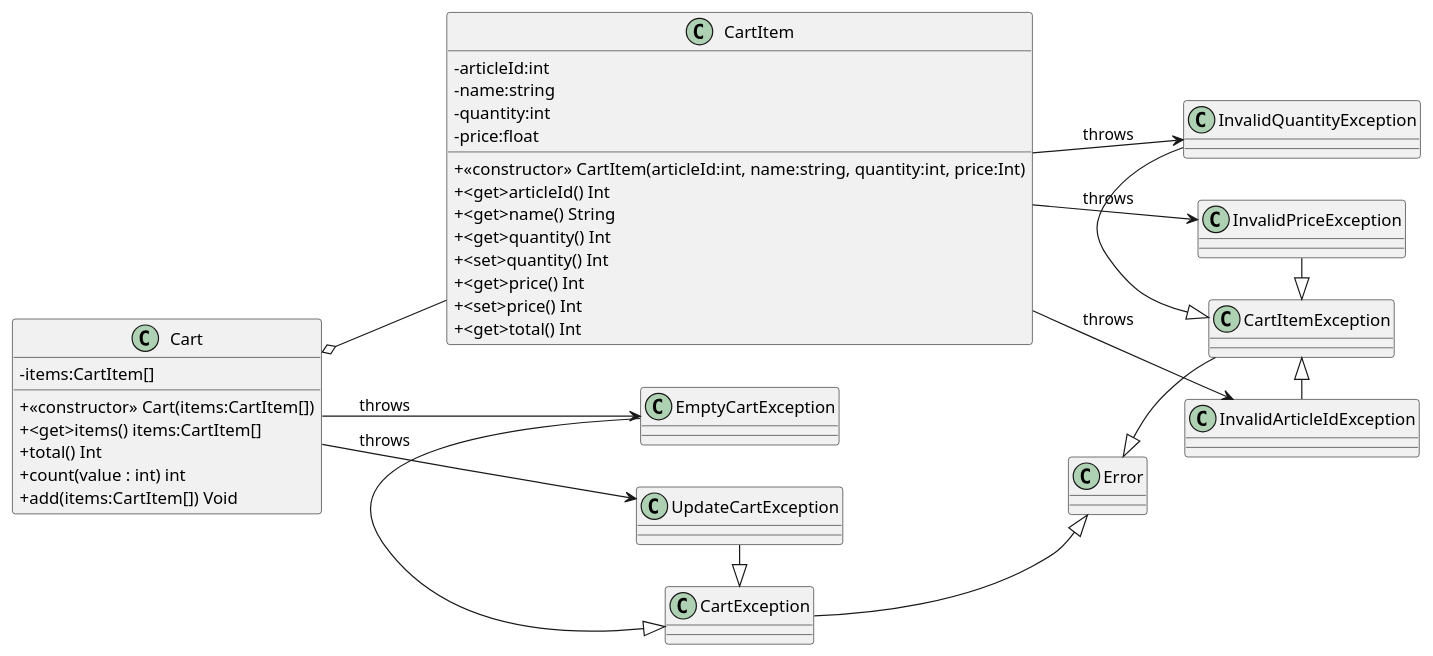
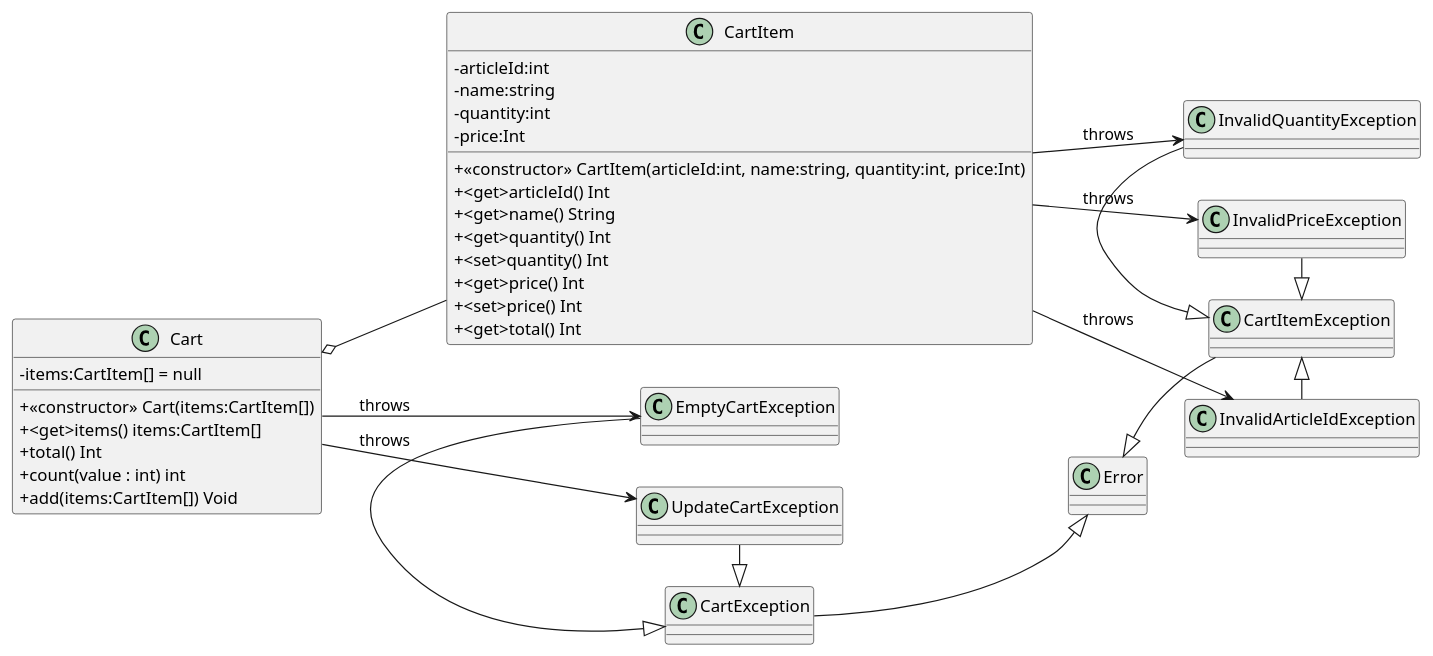
The diagram in docs/class-diagram.puml (T5uy0/Shopping-JulienSchneider), drawn with PlantUML before and after one commit.

Commit message:
docs: update class diagram

```diff
--- a/docs/class-diagram.puml
+++ b/docs/class-diagram.puml
@@ -1,65 +1,64 @@
 @startuml
 
 left to right direction
 skinparam classAttributeIconSize 0
 
 'Classes declaration
 class CartItem {
 
     - articleId:int
     - name:string
     - quantity:int
-    - price:float
+    - price:Int
 
     + <<constructor>> CartItem(articleId:int, name:string, quantity:int, price:Int)
     +<get>articleId() Int
     +<get>name() String
     +<get>quantity() Int
     +<set>quantity() Int
     +<get>price() Int
     +<set>price() Int
     +<get>total() Int
 }
 
 class Cart {
-    - items:CartItem[]
+    - items:CartItem[] = null
     + <<constructor>> Cart(items:CartItem[])
     +<get>items() items:CartItem[]
     + total() Int
     + count(value : int) int
     + add(items:CartItem[]) Void
 }
 
 class Error{}
+
 'CartItem
 class CartItemException{}
 class InvalidArticleIdException{}
 class InvalidQuantityException{}
 class InvalidPriceException{}
 
 'Cart
 class CartException{}
 class EmptyCartException{}
 class UpdateCartException{}
 
-
 'CartItem
-
 CartItem --> InvalidArticleIdException: throws
 CartItem --> InvalidQuantityException : throws
 CartItem --> InvalidPriceException : throws
 
 Cart o-- CartItem
 Cart --> EmptyCartException : throws
 Cart --> UpdateCartException : throws
 CartException -|> Error
 EmptyCartException -|> CartException
 UpdateCartException -|> CartException
 
 
 Error <|- CartItemException
 InvalidPriceException -|> CartItemException
 InvalidQuantityException -|> CartItemException
 CartItemException <|- InvalidArticleIdException
 
 @enduml
```
